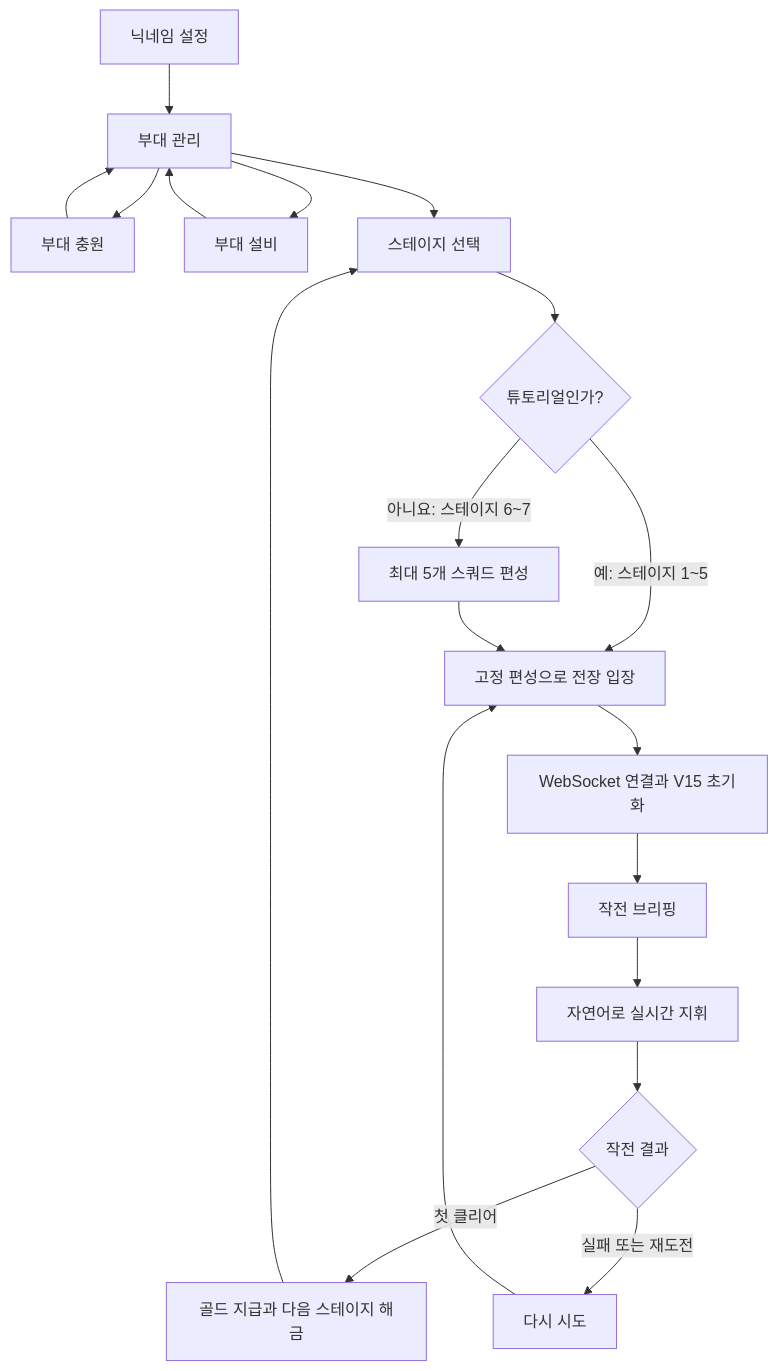
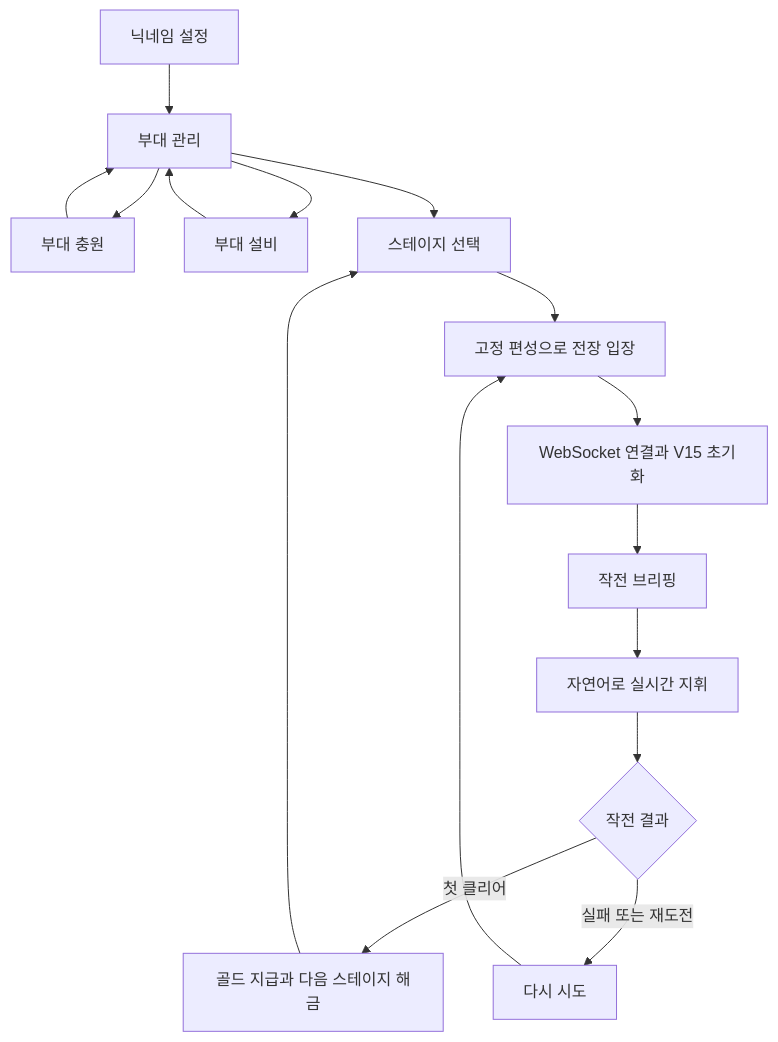
The first of 3 diagrams in README.md (CallOfLLM/callofllm-client), drawn with Mermaid before and after one commit. The commit also changed other lines of this file and 2 other files, not shown here.

First line of the commit message:
feat(game): 스테이지 구성을 단순화하고 추적 카메라 거리를 조정

```diff
--- a/README.md
+++ b/README.md
@@ -107,21 +107,18 @@
 ~~~mermaid
 flowchart TD
     A[닉네임 설정] --> B[부대 관리]
     B --> C[부대 충원]
     B --> D[부대 설비]
     B --> E[스테이지 선택]
     C --> B
     D --> B
-    E --> F{튜토리얼인가?}
-    F -- 예: 스테이지 1~5 --> H[고정 편성으로 전장 입장]
-    F -- 아니요: 스테이지 6~7 --> G[최대 5개 스쿼드 편성]
-    G --> H
+    E --> H[고정 편성으로 전장 입장]
     H --> I[WebSocket 연결과 V15 초기화]
     I --> J[작전 브리핑]
     J --> K[자연어로 실시간 지휘]
     K --> L{작전 결과}
     L -- 첫 클리어 --> M[골드 지급과 다음 스테이지 해금]
     L -- 실패 또는 재도전 --> N[다시 시도]
     M --> E
     N --> H
 ~~~
```
